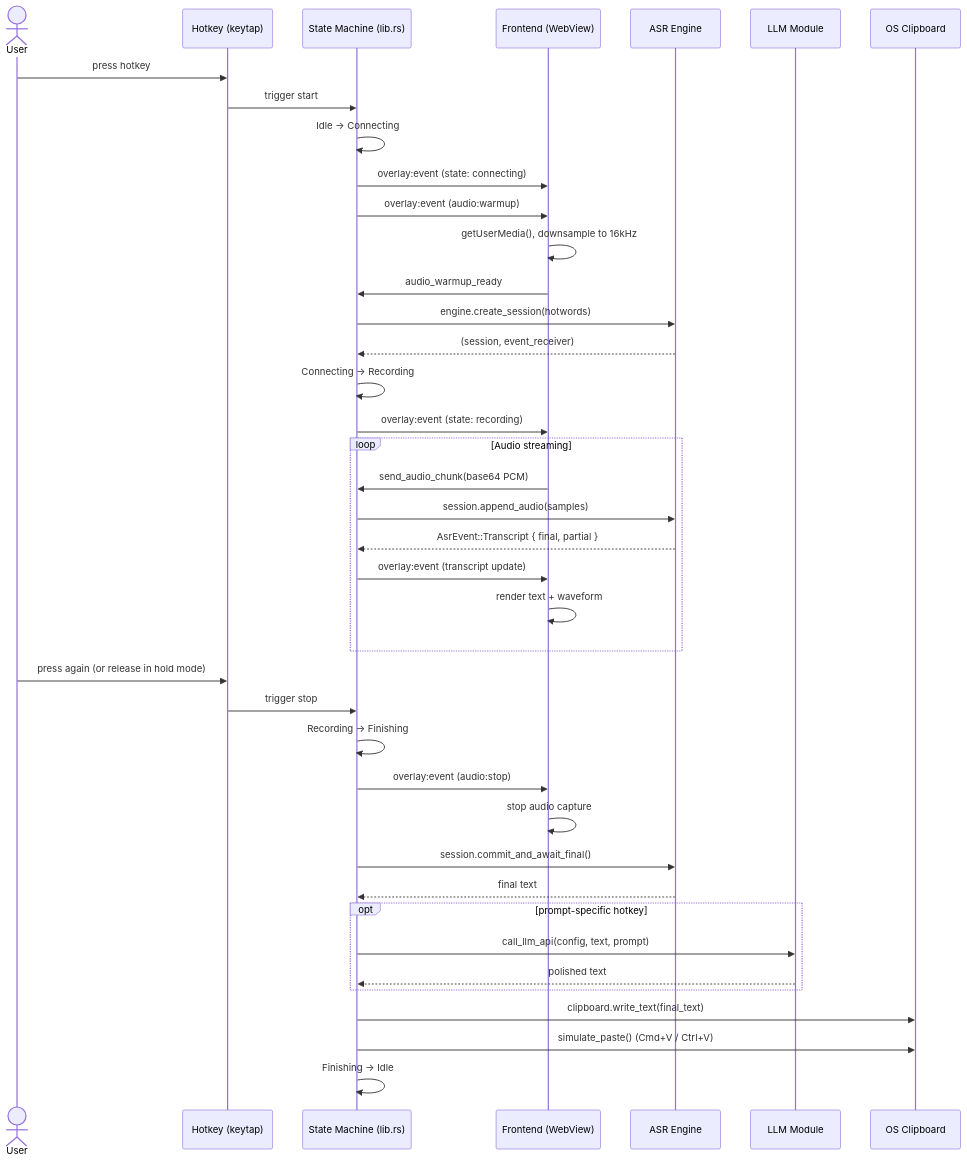
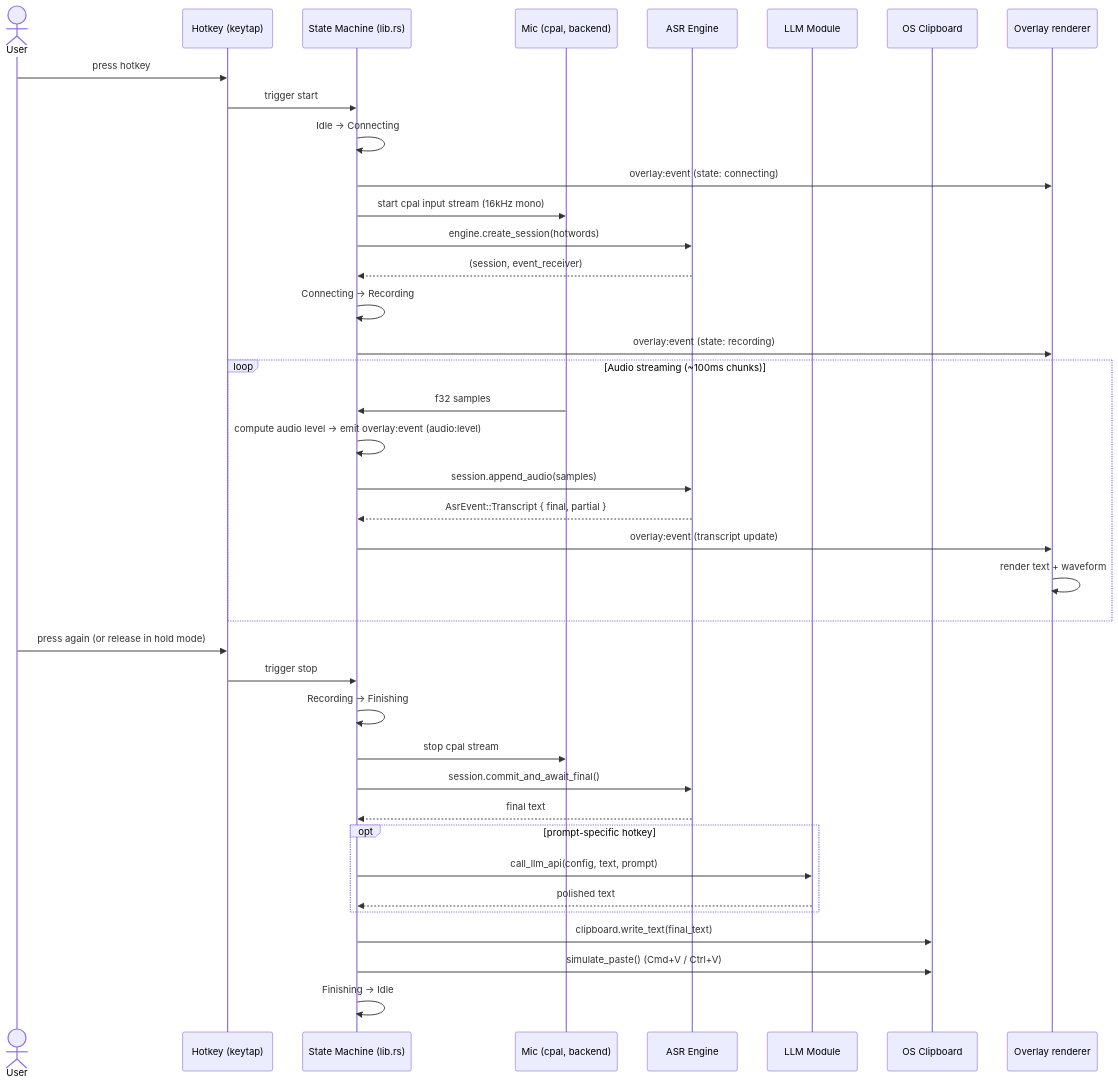
The second of 2 diagrams in docs/architecture.md (that-yolanda/voicepaste), drawn with Mermaid before and after one commit. The commit also changed other lines of this file and 7 other files, not shown here.

````diff
--- a/docs/architecture.md
+++ b/docs/architecture.md
@@ -87,48 +87,47 @@
 ```mermaid
 sequenceDiagram
     actor User
     participant Hotkey as Hotkey (keytap)
     participant SM as State Machine (lib.rs)
-    participant FE as Frontend (WebView)
+    participant Mic as Mic (cpal, backend)
     participant ASR as ASR Engine
     participant LLM as LLM Module
     participant OS as OS Clipboard
+    participant FE as Overlay renderer
 
     User->>Hotkey: press hotkey
     Hotkey->>SM: trigger start
     SM->>SM: Idle → Connecting
     SM->>FE: overlay:event (state: connecting)
-    SM->>FE: overlay:event (audio:warmup)
-    FE->>FE: getUserMedia(), downsample to 16kHz
-    FE->>SM: audio_warmup_ready
+    SM->>Mic: start cpal input stream (16kHz mono)
     SM->>ASR: engine.create_session(hotwords)
     ASR-->>SM: (session, event_receiver)
     SM->>SM: Connecting → Recording
     SM->>FE: overlay:event (state: recording)
 
-    loop Audio streaming
-        FE->>SM: send_audio_chunk(base64 PCM)
+    loop Audio streaming (~100ms chunks)
+        Mic->>SM: f32 samples
+        SM->>SM: compute audio level → emit overlay:event (audio:level)
         SM->>ASR: session.append_audio(samples)
         ASR-->>SM: AsrEvent::Transcript { final, partial }
         SM->>FE: overlay:event (transcript update)
         FE->>FE: render text + waveform
     end
 
     User->>Hotkey: press again (or release in hold mode)
     Hotkey->>SM: trigger stop
     SM->>SM: Recording → Finishing
-    SM->>FE: overlay:event (audio:stop)
-    FE->>FE: stop audio capture
+    SM->>Mic: stop cpal stream
 
     SM->>ASR: session.commit_and_await_final()
     ASR-->>SM: final text
 
     opt prompt-specific hotkey
         SM->>LLM: call_llm_api(config, text, prompt)
         LLM-->>SM: polished text
     end
 
     SM->>OS: clipboard.write_text(final_text)
     SM->>OS: simulate_paste() (Cmd+V / Ctrl+V)
     SM->>SM: Finishing → Idle
 ```
````
